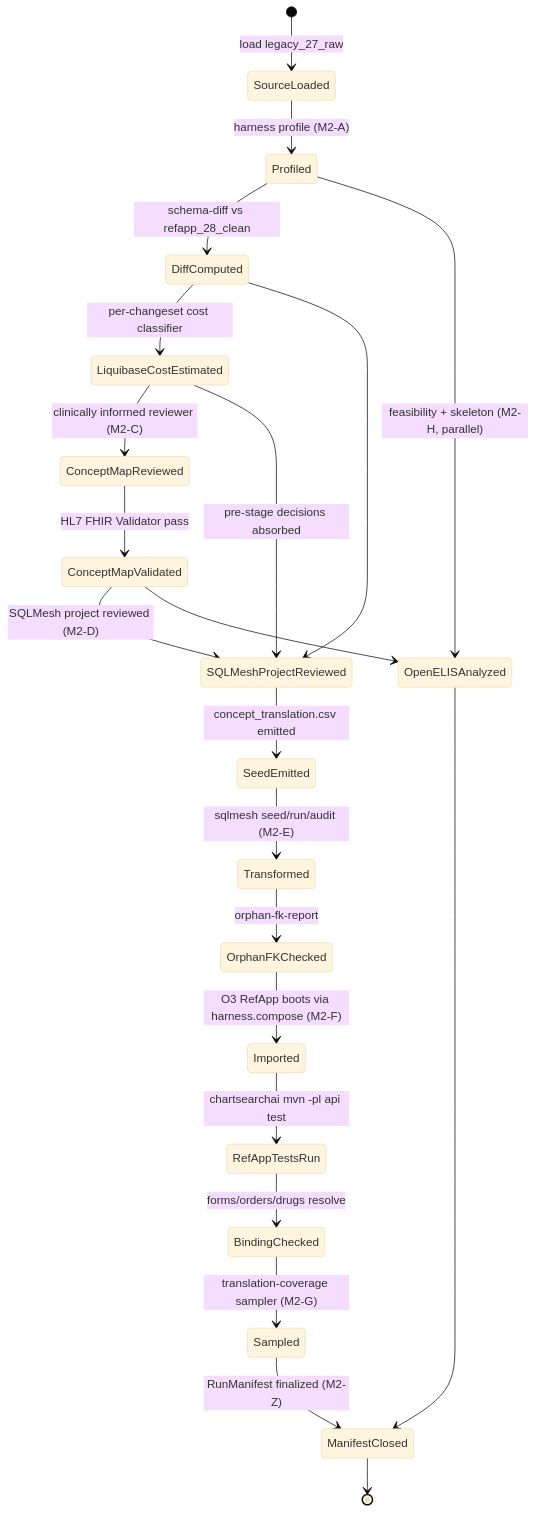
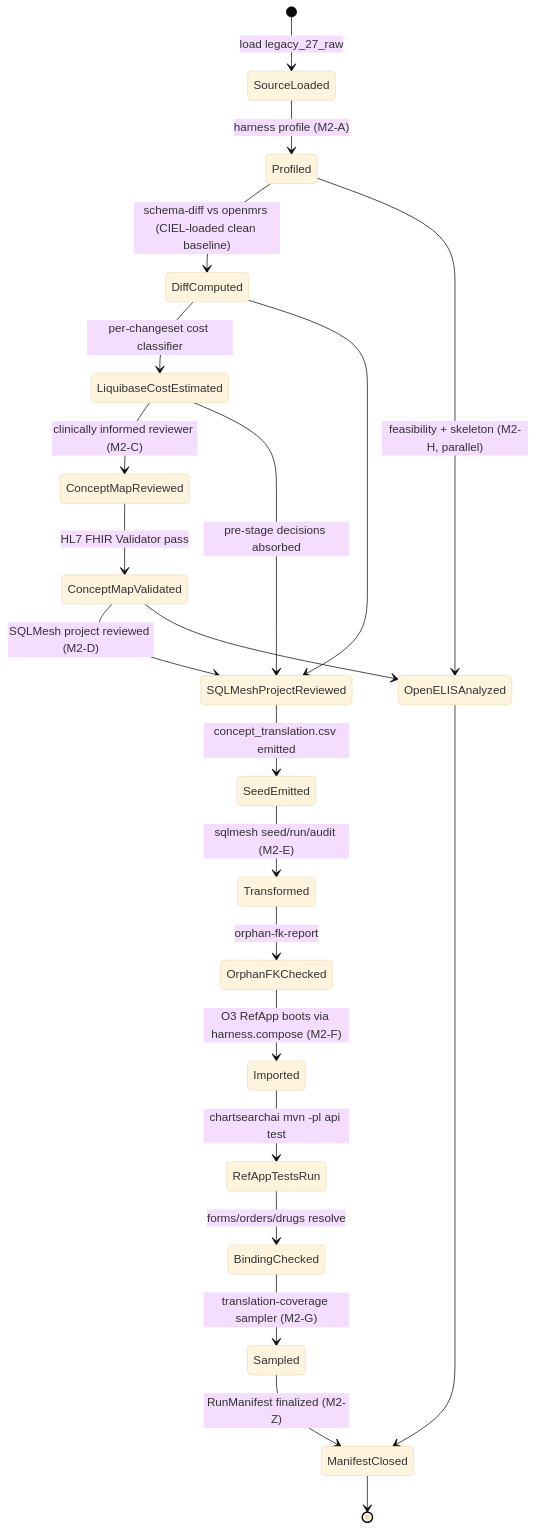
Before and after one commit to pmanko/clinical-ai-validation-harness: the diagram in specs/002-openmrs-demo-data-2-8-remap/data-model.md, drawn with Mermaid (base theme). The commit also changed other lines of this file and 165 other files, not shown here.

````diff
--- a/specs/002-openmrs-demo-data-2-8-remap/data-model.md
+++ b/specs/002-openmrs-demo-data-2-8-remap/data-model.md
@@ -176,24 +259,24 @@
 ```mermaid
 stateDiagram-v2
   [*] --> SourceLoaded: load legacy_27_raw
   SourceLoaded --> Profiled: harness profile (M2-A)
-  Profiled --> DiffComputed: schema-diff vs refapp_28_clean
+  Profiled --> DiffComputed: schema-diff vs openmrs (CIEL-loaded clean baseline)
   DiffComputed --> LiquibaseCostEstimated: per-changeset cost classifier
   LiquibaseCostEstimated --> ConceptMapReviewed: clinically informed reviewer (M2-C)
   ConceptMapReviewed --> ConceptMapValidated: HL7 FHIR Validator pass
   ConceptMapValidated --> SQLMeshProjectReviewed: SQLMesh project reviewed (M2-D)
   DiffComputed --> SQLMeshProjectReviewed
   LiquibaseCostEstimated --> SQLMeshProjectReviewed: pre-stage decisions absorbed
   SQLMeshProjectReviewed --> SeedEmitted: concept_translation.csv emitted
   SeedEmitted --> Transformed: sqlmesh seed/run/audit (M2-E)
   Transformed --> OrphanFKChecked: orphan-fk-report
   OrphanFKChecked --> Imported: O3 RefApp boots via harness.compose (M2-F)
   Imported --> RefAppTestsRun: chartsearchai mvn -pl api test
   RefAppTestsRun --> BindingChecked: forms/orders/drugs resolve
   BindingChecked --> Sampled: translation-coverage sampler (M2-G)
   Profiled --> OpenELISAnalyzed: feasibility + skeleton (M2-H, parallel)
   ConceptMapValidated --> OpenELISAnalyzed
   Sampled --> ManifestClosed: RunManifest finalized (M2-Z)
   OpenELISAnalyzed --> ManifestClosed
   ManifestClosed --> [*]
 ```
````
